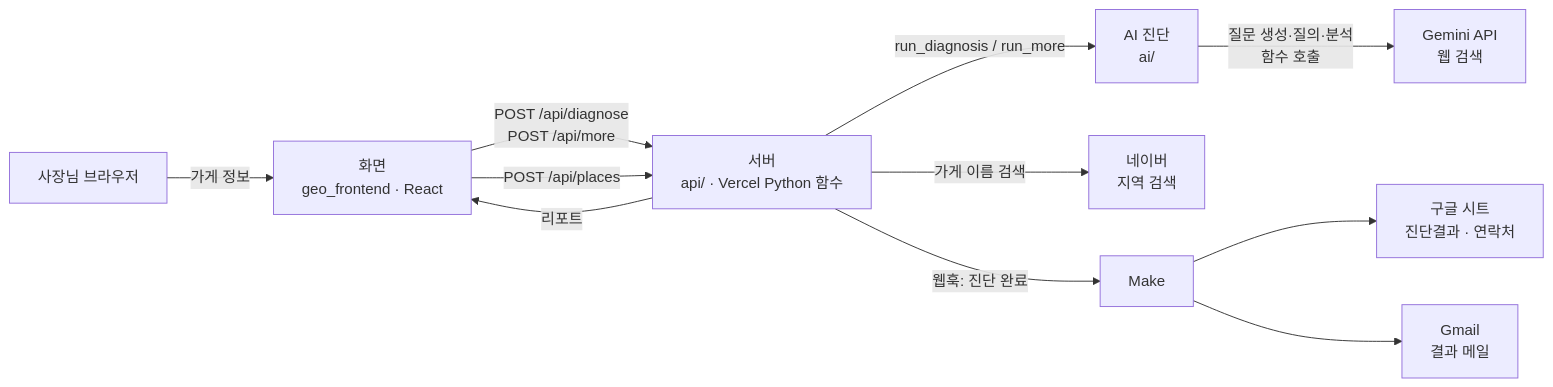
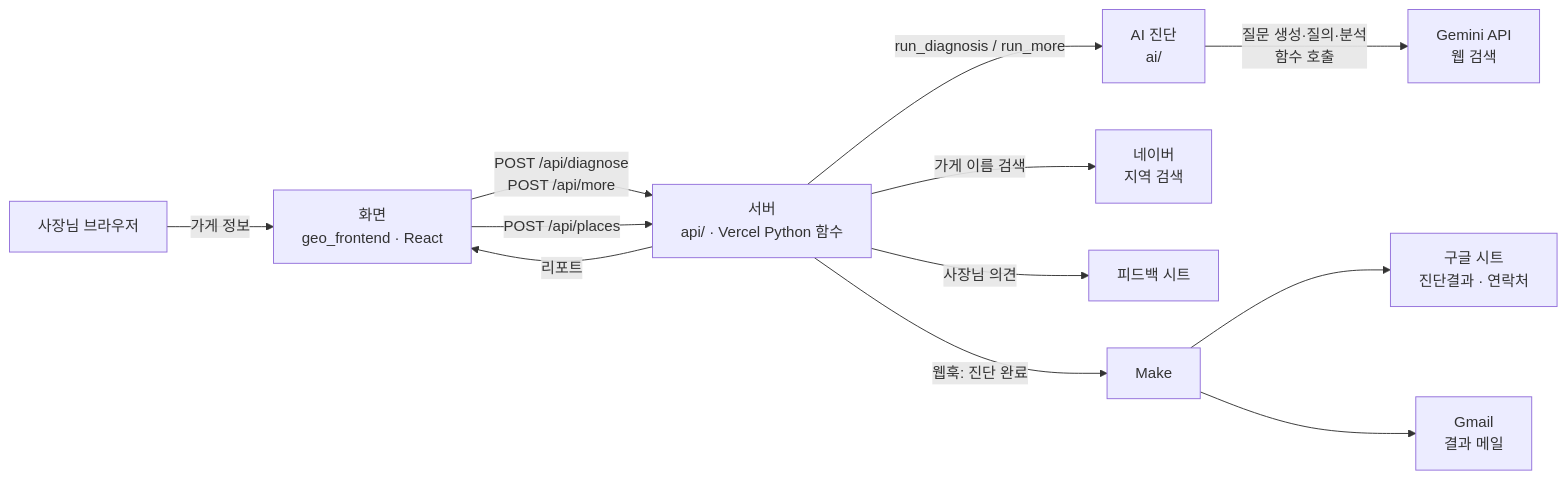
One commit to Clay-pieup/Codyssey_Final_GEO changed the first of 2 diagrams in docs/ARCHITECTURE.md. Above: the diagram before and after it, drawn with Mermaid. The commit also changed other lines of this file and 9 other files, not shown here.

First line of the commit message:
사장님 의견 팝업 추가: 리포트 끝까지 보면 한 번 열리는 6문항 의견 창 + 서버 POST /api/feedback(확인 후 피드백 저장 주소로 전달), 문서 반영 (화면 담당과 현장 논의)

````diff
--- a/docs/ARCHITECTURE.md
+++ b/docs/ARCHITECTURE.md
@@ -10,13 +10,14 @@
 ```mermaid
 flowchart LR
     U[사장님 브라우저] -->|가게 정보| F[화면<br/>geo_frontend · React]
     F -->|POST /api/diagnose<br/>POST /api/more| S[서버<br/>api/ · Vercel Python 함수]
     S -->|run_diagnosis / run_more| A[AI 진단<br/>ai/]
     A -->|질문 생성·질의·분석<br/>함수 호출| G[Gemini API<br/>웹 검색]
     S -->|리포트| F
     F -->|POST /api/places| S
     S -->|가게 이름 검색| N[네이버<br/>지역 검색]
+    S -->|사장님 의견| FB[피드백 시트]
     S -->|웹훅: 진단 완료| M[Make]
     M --> SH[구글 시트<br/>진단결과 · 연락처]
     M --> GM[Gmail<br/>결과 메일]
 ```
````
